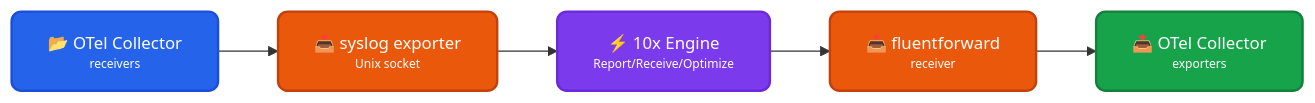
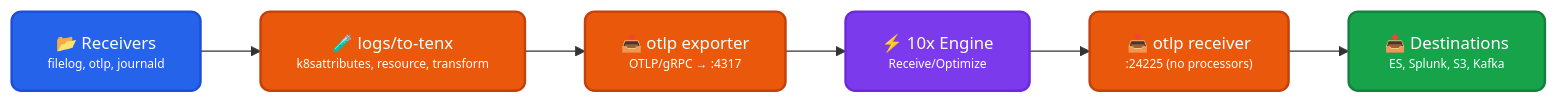
The diagram in pipelines/run/modules/input/forwarder/otel-collector/doc.md (log-10x/modules), drawn with Mermaid before and after one commit. The commit also changed other lines of this file and 149 other files, not shown here.

````diff
--- a/pipelines/run/modules/input/forwarder/otel-collector/doc.md
+++ b/pipelines/run/modules/input/forwarder/otel-collector/doc.md
@@ -11,18 +14,20 @@
 ```mermaid
 graph LR
-    A["<div style='font-size: 14px;'>📂 OTel Collector</div><div style='font-size: 10px;'>receivers</div>"] --> B["<div style='font-size: 14px;'>📤 syslog exporter</div><div style='font-size: 10px;'>Unix socket</div>"]
-    B --> C["<div style='font-size: 14px;'>⚡ 10x Engine</div><div style='font-size: 10px;'>Report/Receive/Optimize</div>"]
-    C --> D["<div style='font-size: 14px;'>📥 fluentforward</div><div style='font-size: 10px;'>receiver</div>"]
-    D --> E["<div style='font-size: 14px;'>📤 OTel Collector</div><div style='font-size: 10px;'>exporters</div>"]
+    A["<div style='font-size: 14px;'>📂 Receivers</div><div style='font-size: 10px;'>filelog, otlp, journald</div>"] --> F["<div style='font-size: 14px;'>🧪 logs/to-tenx</div><div style='font-size: 10px;'>k8sattributes, resource, transform</div>"]
+    F --> B["<div style='font-size: 14px;'>📤 otlp exporter</div><div style='font-size: 10px;'>OTLP/gRPC → :4317</div>"]
+    B --> E["<div style='font-size: 14px;'>⚡ 10x Engine</div><div style='font-size: 10px;'>Receive/Optimize</div>"]
+    E --> C["<div style='font-size: 14px;'>📥 otlp receiver</div><div style='font-size: 10px;'>:24225 (no processors)</div>"]
+    C --> D["<div style='font-size: 14px;'>📤 Destinations</div><div style='font-size: 10px;'>ES, Splunk, S3, Kafka</div>"]
 
     classDef input fill:#2563eb,stroke:#1d4ed8,color:#ffffff,stroke-width:2px,rx:8,ry:8
-    classDef exporter fill:#ea580c,stroke:#c2410c,color:#ffffff,stroke-width:2px,rx:8,ry:8
+    classDef filter fill:#ea580c,stroke:#c2410c,color:#ffffff,stroke-width:2px,rx:8,ry:8
     classDef engine fill:#7c3aed,stroke:#6d28d9,color:#ffffff,stroke-width:2px,rx:8,ry:8
     classDef output fill:#16a34a,stroke:#15803d,color:#ffffff,stroke-width:2px,rx:8,ry:8
 
     class A input
-    class B exporter
-    class C engine
-    class D exporter
-    class E output
+    class B filter
+    class C filter
+    class D output
+    class E engine
+    class F filter
 ```
````
